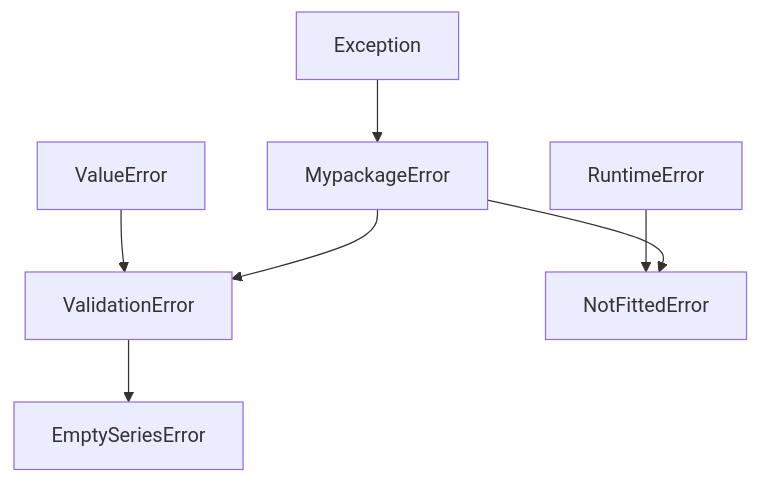
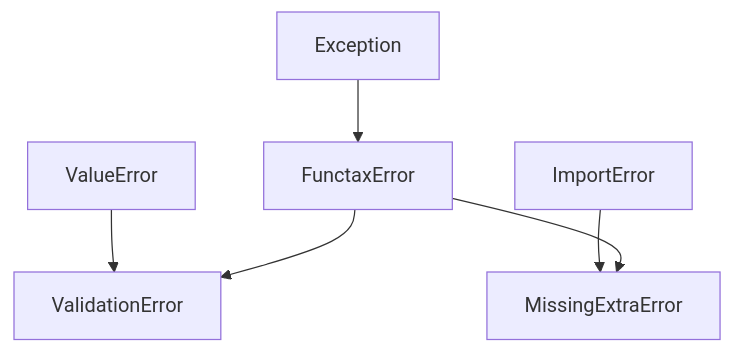
Before and after one commit to jejjohnson/functax: the diagram in docs/api/exceptions.md, drawn with Mermaid. The commit also changed other lines of this file and 92 other files, not shown here.

````diff
--- a/docs/api/exceptions.md
+++ b/docs/api/exceptions.md
@@ -7,9 +5,8 @@
 ```mermaid
 graph TD
-    E[Exception] --> M[MypackageError]
+    E[Exception] --> F[FunctaxError]
     V[ValueError] --> VE[ValidationError]
-    M --> VE
-    VE --> ES[EmptySeriesError]
-    R[RuntimeError] --> NF[NotFittedError]
-    M --> NF
+    F --> VE
+    I[ImportError] --> ME[MissingExtraError]
+    F --> ME
 ```
````
